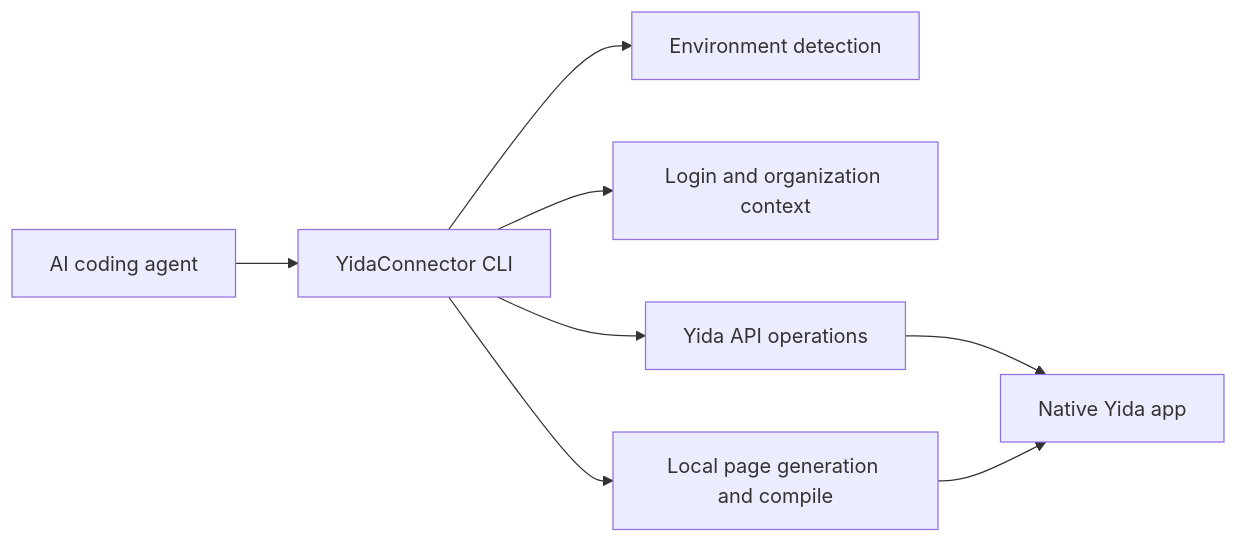
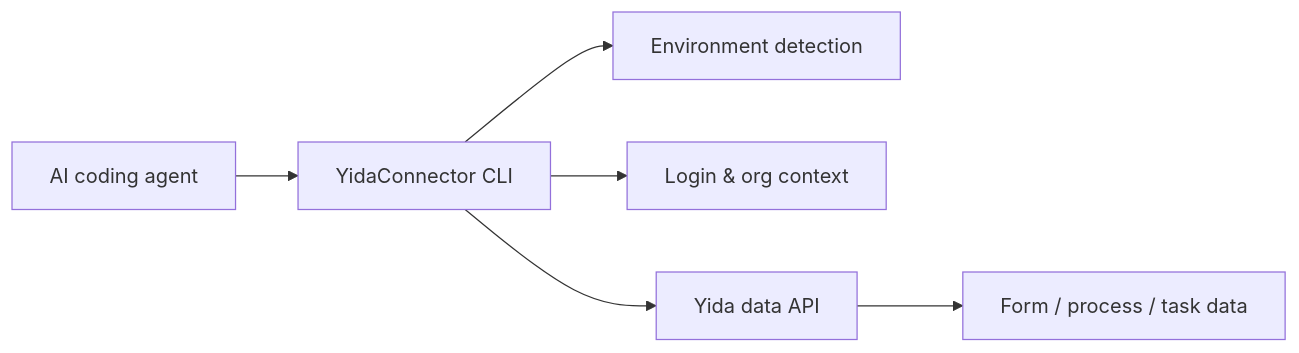
Before and after one commit to bunnyrui/yidaconnector: the diagram in README.md, drawn with Mermaid. The commit also changed other lines of this file, not shown here.

````diff
--- a/README.md
+++ b/README.md
@@ -139,10 +204,8 @@
 ```mermaid
 flowchart LR
   A["AI coding agent"] --> B["YidaConnector CLI"]
   B --> C["Environment detection"]
-  B --> D["Login and organization context"]
-  B --> E["Yida API operations"]
-  B --> F["Local page generation and compile"]
-  E --> G["Native Yida app"]
-  F --> G
+  B --> D["Login & org context"]
+  B --> E["Yida data API"]
+  E --> F["Form / process / task data"]
 ```
````
